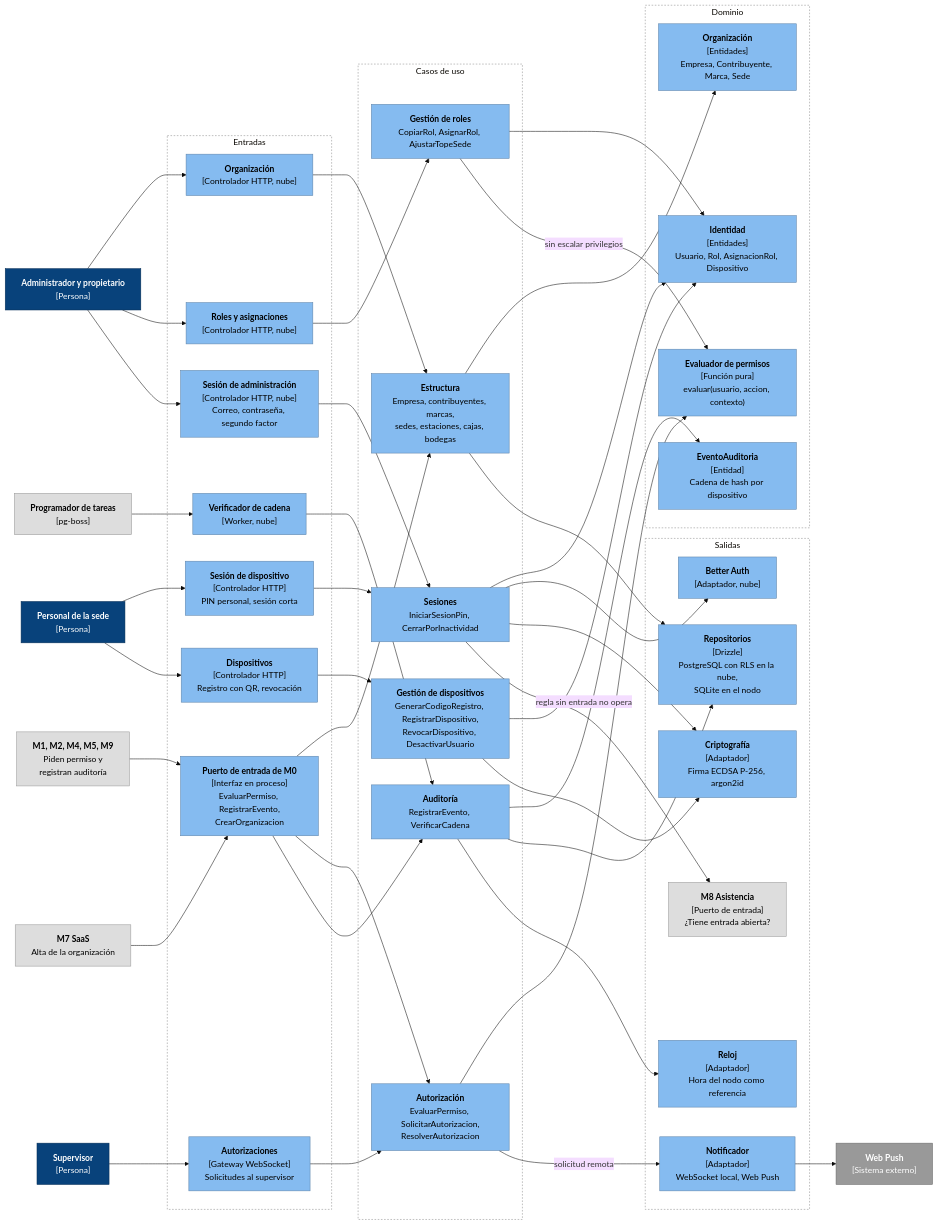
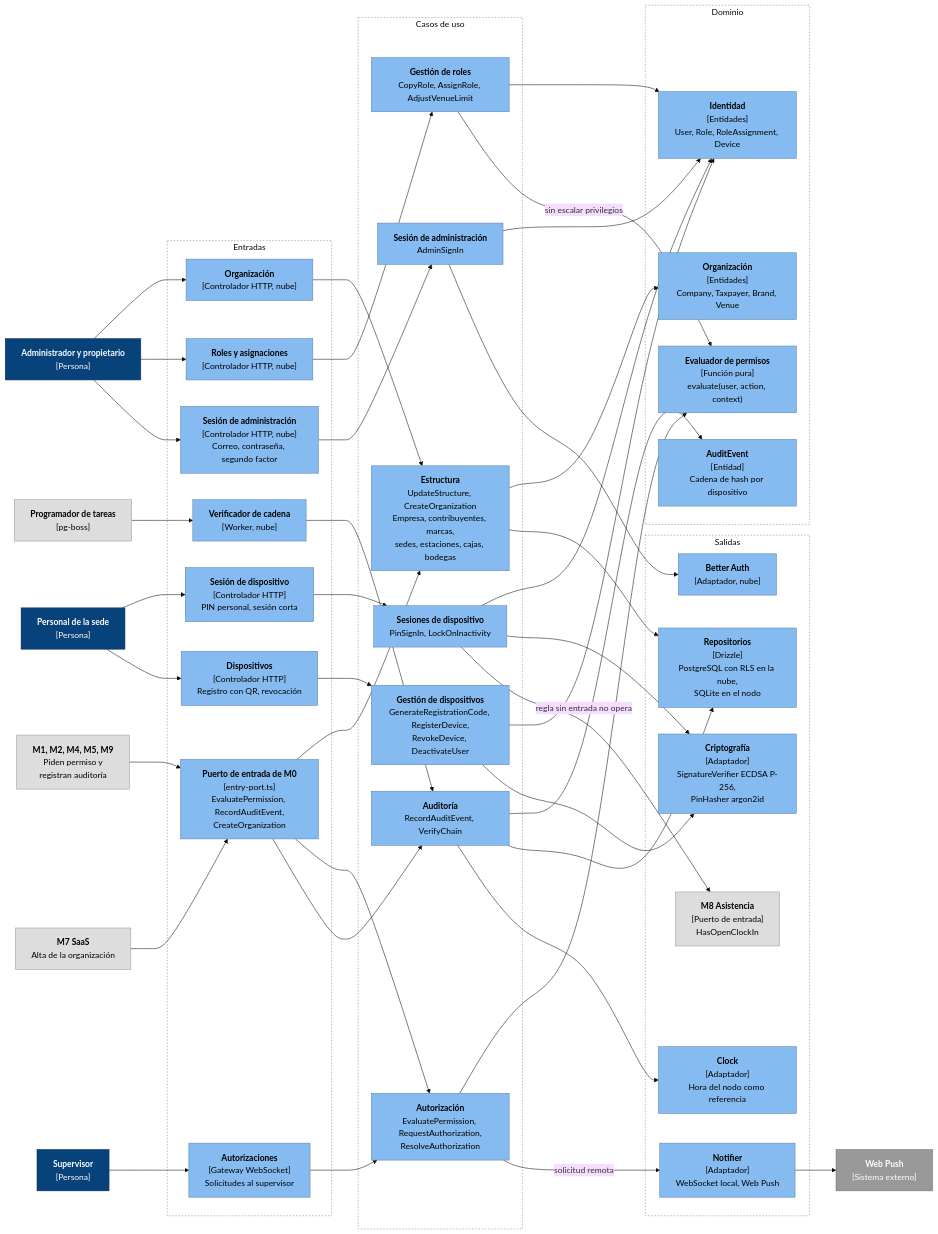
One commit to CesarJOtizM/blackHole changed the first of 2 diagrams in docs/arquitectura/componentes/c4-m0-plataforma.md. Above: the diagram before and after it, drawn with Mermaid (base theme). The commit also changed other lines of this file and 159 other files, not shown here.

````diff
--- a/docs/arquitectura/componentes/c4-m0-plataforma.md
+++ b/docs/arquitectura/componentes/c4-m0-plataforma.md
@@ -19,43 +19,44 @@
   PER["<b>Personal de la sede</b><br/>[Persona]"]:::persona
   SUP["<b>Supervisor</b><br/>[Persona]"]:::persona
   PRG["<b>Programador de tareas</b><br/>[pg-boss]"]:::modulo
-  OTROS["<b>M1, M2, M4, M5, M9</b><br/>Piden permiso y<br/>registran auditoría"]:::modulo
+  OTHERS["<b>M1, M2, M4, M5, M9</b><br/>Piden permiso y<br/>registran auditoría"]:::modulo
   M7["<b>M7 SaaS</b><br/>Alta de la organización"]:::modulo
 
-  subgraph Entradas["Entradas"]
+  subgraph Inputs["Entradas"]
     ORGC["<b>Organización</b><br/>[Controlador HTTP, nube]"]:::componente
     ROLES["<b>Roles y asignaciones</b><br/>[Controlador HTTP, nube]"]:::componente
     AUTH["<b>Sesión de administración</b><br/>[Controlador HTTP, nube]<br/>Correo, contraseña, segundo factor"]:::componente
     PIN["<b>Sesión de dispositivo</b><br/>[Controlador HTTP]<br/>PIN personal, sesión corta"]:::componente
-    DISP["<b>Dispositivos</b><br/>[Controlador HTTP]<br/>Registro con QR, revocación"]:::componente
+    DEV["<b>Dispositivos</b><br/>[Controlador HTTP]<br/>Registro con QR, revocación"]:::componente
     AUTZ["<b>Autorizaciones</b><br/>[Gateway WebSocket]<br/>Solicitudes al supervisor"]:::componente
     VER["<b>Verificador de cadena</b><br/>[Worker, nube]"]:::componente
-    PIE["<b>Puerto de entrada de M0</b><br/>[Interfaz en proceso]<br/>EvaluarPermiso, RegistrarEvento,<br/>CrearOrganizacion"]:::componente
+    EP["<b>Puerto de entrada de M0</b><br/>[entry-port.ts]<br/>EvaluatePermission, RecordAuditEvent,<br/>CreateOrganization"]:::componente
   end
 
-  subgraph Aplicacion["Casos de uso"]
-    UC_ORG["<b>Estructura</b><br/>Empresa, contribuyentes, marcas,<br/>sedes, estaciones, cajas, bodegas"]:::componente
-    UC_ROL["<b>Gestión de roles</b><br/>CopiarRol, AsignarRol, AjustarTopeSede"]:::componente
-    UC_SES["<b>Sesiones</b><br/>IniciarSesionPin, CerrarPorInactividad"]:::componente
-    UC_DIS["<b>Gestión de dispositivos</b><br/>GenerarCodigoRegistro, RegistrarDispositivo,<br/>RevocarDispositivo, DesactivarUsuario"]:::componente
-    UC_PER["<b>Autorización</b><br/>EvaluarPermiso, SolicitarAutorizacion,<br/>ResolverAutorizacion"]:::componente
-    UC_AUD["<b>Auditoría</b><br/>RegistrarEvento, VerificarCadena"]:::componente
+  subgraph Application["Casos de uso"]
+    UC_ORG["<b>Estructura</b><br/>UpdateStructure, CreateOrganization<br/>Empresa, contribuyentes, marcas,<br/>sedes, estaciones, cajas, bodegas"]:::componente
+    UC_ROL["<b>Gestión de roles</b><br/>CopyRole, AssignRole, AdjustVenueLimit"]:::componente
+    UC_ADM["<b>Sesión de administración</b><br/>AdminSignIn"]:::componente
+    UC_SES["<b>Sesiones de dispositivo</b><br/>PinSignIn, LockOnInactivity"]:::componente
+    UC_DEV["<b>Gestión de dispositivos</b><br/>GenerateRegistrationCode, RegisterDevice,<br/>RevokeDevice, DeactivateUser"]:::componente
+    UC_PER["<b>Autorización</b><br/>EvaluatePermission, RequestAuthorization,<br/>ResolveAuthorization"]:::componente
+    UC_AUD["<b>Auditoría</b><br/>RecordAuditEvent, VerifyChain"]:::componente
   end
 
-  subgraph Dominio["Dominio"]
-    D_ORG["<b>Organización</b><br/>[Entidades]<br/>Empresa, Contribuyente, Marca, Sede"]:::componente
-    D_IDN["<b>Identidad</b><br/>[Entidades]<br/>Usuario, Rol, AsignacionRol, Dispositivo"]:::componente
-    D_PER["<b>Evaluador de permisos</b><br/>[Función pura]<br/>evaluar(usuario, accion, contexto)"]:::componente
-    D_AUD["<b>EventoAuditoria</b><br/>[Entidad]<br/>Cadena de hash por dispositivo"]:::componente
+  subgraph Domain["Dominio"]
+    D_ORG["<b>Organización</b><br/>[Entidades]<br/>Company, Taxpayer, Brand, Venue"]:::componente
+    D_IDN["<b>Identidad</b><br/>[Entidades]<br/>User, Role, RoleAssignment, Device"]:::componente
+    D_PER["<b>Evaluador de permisos</b><br/>[Función pura]<br/>evaluate(user, action, context)"]:::componente
+    D_AUD["<b>AuditEvent</b><br/>[Entidad]<br/>Cadena de hash por dispositivo"]:::componente
   end
 
-  subgraph Salida["Salidas"]
+  subgraph Outputs["Salidas"]
     REPO["<b>Repositorios</b><br/>[Drizzle]<br/>PostgreSQL con RLS en la nube,<br/>SQLite en el nodo"]:::componente
     BA["<b>Better Auth</b><br/>[Adaptador, nube]"]:::componente
-    CRY["<b>Criptografía</b><br/>[Adaptador]<br/>Firma ECDSA P-256, argon2id"]:::componente
-    NOT["<b>Notificador</b><br/>[Adaptador]<br/>WebSocket local, Web Push"]:::componente
-    REL["<b>Reloj</b><br/>[Adaptador]<br/>Hora del nodo como referencia"]:::componente
-    M8["<b>M8 Asistencia</b><br/>[Puerto de entrada]<br/>¿Tiene entrada abierta?"]:::modulo
+    CRY["<b>Criptografía</b><br/>[Adaptador]<br/>SignatureVerifier ECDSA P-256,<br/>PinHasher argon2id"]:::componente
+    NOT["<b>Notifier</b><br/>[Adaptador]<br/>WebSocket local, Web Push"]:::componente
+    CLK["<b>Clock</b><br/>[Adaptador]<br/>Hora del nodo como referencia"]:::componente
+    M8["<b>M8 Asistencia</b><br/>[Puerto de entrada]<br/>HasOpenClockIn"]:::modulo
   end
 
   PUSH["<b>Web Push</b><br/>[Sistema externo]"]:::externo
@@ -64,47 +65,48 @@
   ADM --> ROLES
   ADM --> AUTH
   PER --> PIN
-  PER --> DISP
+  PER --> DEV
   SUP --> AUTZ
   PRG --> VER
-  OTROS --> PIE
-  M7 --> PIE
+  OTHERS --> EP
+  M7 --> EP
 
   ORGC --> UC_ORG
   ROLES --> UC_ROL
-  AUTH --> UC_SES
+  AUTH --> UC_ADM
   PIN --> UC_SES
-  DISP --> UC_DIS
+  DEV --> UC_DEV
   AUTZ --> UC_PER
   VER --> UC_AUD
-  PIE --> UC_ORG
-  PIE --> UC_PER
-  PIE --> UC_AUD
+  EP --> UC_ORG
+  EP --> UC_PER
+  EP --> UC_AUD
 
   UC_ORG --> D_ORG
   UC_ROL --> D_IDN
   UC_ROL -- "sin escalar privilegios" --> D_PER
+  UC_ADM --> D_IDN
   UC_SES --> D_IDN
-  UC_DIS --> D_IDN
+  UC_DEV --> D_IDN
   UC_PER --> D_PER
   UC_AUD --> D_AUD
 
   UC_ORG --> REPO
   UC_AUD --> REPO
-  UC_SES --> BA
+  UC_ADM --> BA
   UC_SES --> CRY
-  UC_DIS --> CRY
+  UC_DEV --> CRY
   UC_SES -- "regla sin entrada no opera" --> M8
   UC_PER -- "solicitud remota" --> NOT
-  UC_AUD --> REL
+  UC_AUD --> CLK
   NOT --> PUSH
 
   classDef persona fill:#08427b,stroke:#052e56,color:#fff
   classDef componente fill:#85bbf0,stroke:#5d82a8,color:#000
   classDef modulo fill:#dddddd,stroke:#999999,color:#000
   classDef externo fill:#999999,stroke:#6b6b6b,color:#fff
-  style Entradas fill:none,stroke:#888,stroke-dasharray: 3 3
-  style Aplicacion fill:none,stroke:#888,stroke-dasharray: 3 3
-  style Dominio fill:none,stroke:#888,stroke-dasharray: 3 3
-  style Salida fill:none,stroke:#888,stroke-dasharray: 3 3
+  style Inputs fill:none,stroke:#888,stroke-dasharray: 3 3
+  style Application fill:none,stroke:#888,stroke-dasharray: 3 3
+  style Domain fill:none,stroke:#888,stroke-dasharray: 3 3
+  style Outputs fill:none,stroke:#888,stroke-dasharray: 3 3
 ```
````
